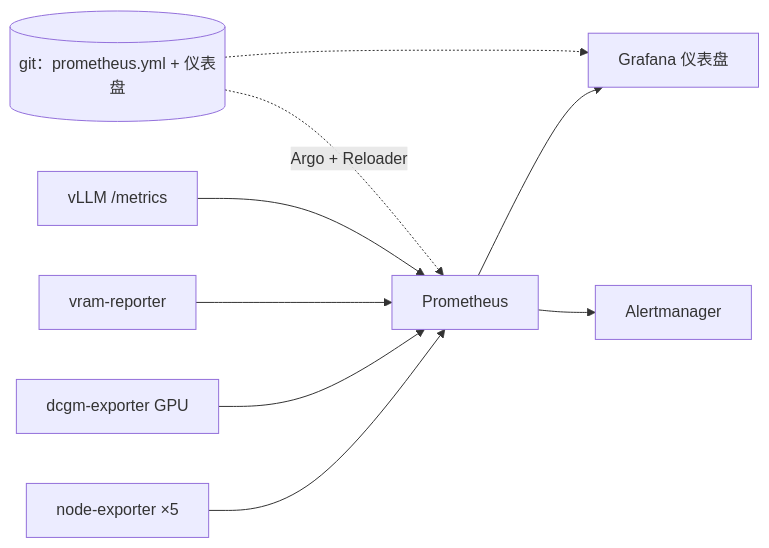
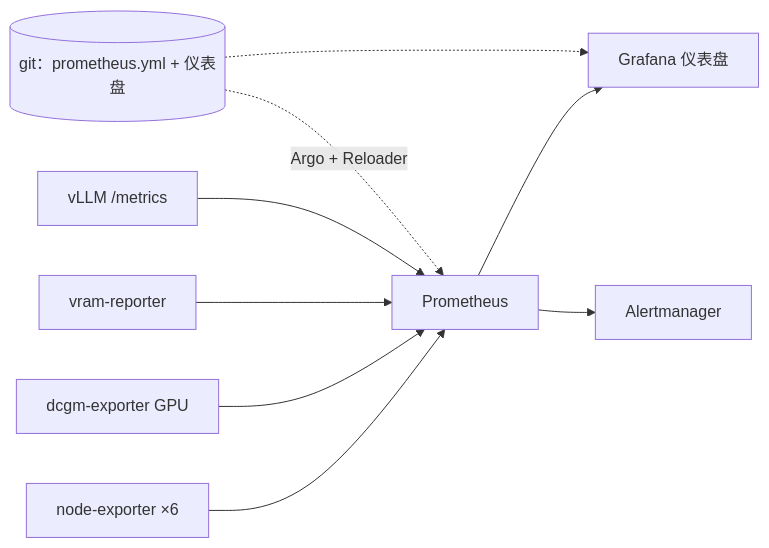
The diagram in docs-site/i18n/zh-Hans/docusaurus-plugin-content-docs/current/observability/prometheus-grafana.md (briancaffey/home-lab), drawn with Mermaid before and after one commit. The commit also changed other lines of this file and 15 other files, not shown here.

````diff
--- a/docs-site/i18n/zh-Hans/docusaurus-plugin-content-docs/current/observability/prometheus-grafana.md
+++ b/docs-site/i18n/zh-Hans/docusaurus-plugin-content-docs/current/observability/prometheus-grafana.md
@@ -27,11 +29,11 @@
 ```mermaid
 flowchart LR
-    NE[node-exporter ×5] --> P[Prometheus]
+    NE[node-exporter ×6] --> P[Prometheus]
     DC[dcgm-exporter GPU] --> P
     VR[vram-reporter] --> P
     VL[vLLM /metrics] --> P
     P --> G[Grafana 仪表盘]
     P --> AM[Alertmanager]
     GIT[(git：prometheus.yml + 仪表盘)] -.Argo + Reloader.-> P
     GIT -.-> G
 ```
````
